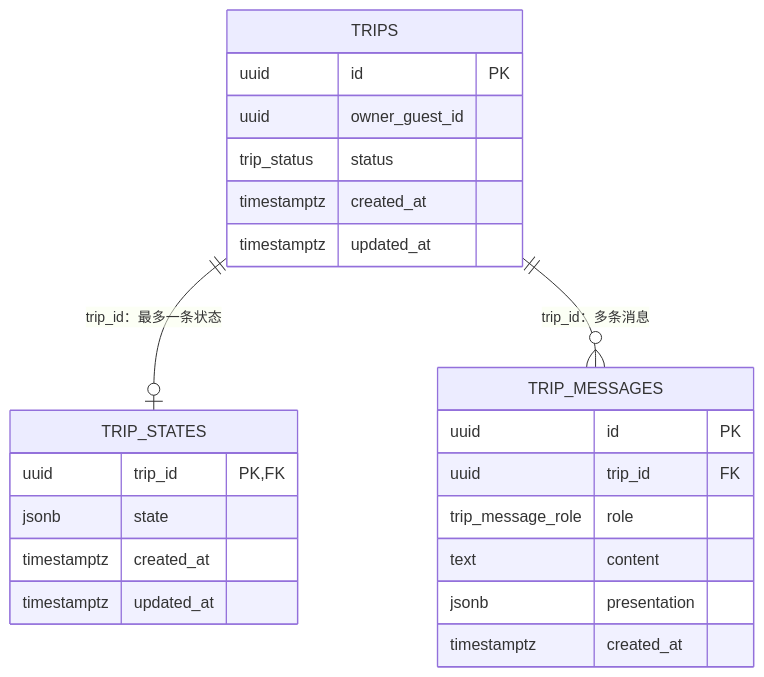
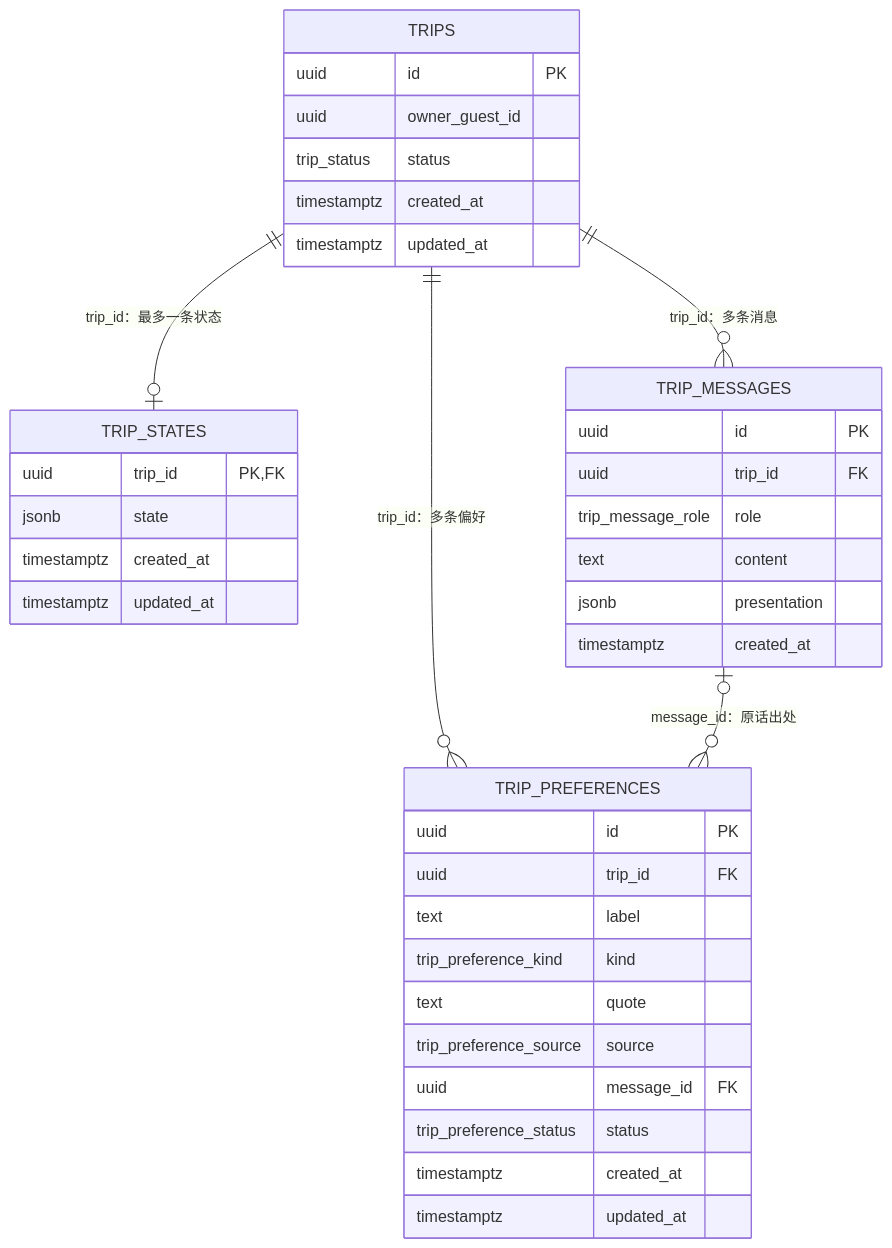
Before and after one commit to meiyulin22/Meri-Road-Trip: the diagram in docs/DATABASE_SCHEMA.md, drawn with Mermaid. The commit also changed other lines of this file and 36 other files, not shown here.

First line of the commit message:
feat(plan): save labelled trip preferences and let the plan page edit them 1.2007

````diff
--- a/docs/DATABASE_SCHEMA.md
+++ b/docs/DATABASE_SCHEMA.md
@@ -27,26 +28,40 @@
 ```mermaid
 erDiagram
   TRIPS ||--o| TRIP_STATES : "trip_id：最多一条状态"
   TRIPS ||--o{ TRIP_MESSAGES : "trip_id：多条消息"
+  TRIPS ||--o{ TRIP_PREFERENCES : "trip_id：多条偏好"
+  TRIP_MESSAGES |o--o{ TRIP_PREFERENCES : "message_id：原话出处"
   TRIPS {
     uuid id PK
     uuid owner_guest_id
     trip_status status
     timestamptz created_at
     timestamptz updated_at
   }
   TRIP_STATES {
     uuid trip_id PK, FK
     jsonb state
     timestamptz created_at
     timestamptz updated_at
   }
   TRIP_MESSAGES {
     uuid id PK
     uuid trip_id FK
     trip_message_role role
     text content
     jsonb presentation
     timestamptz created_at
   }
+  TRIP_PREFERENCES {
+    uuid id PK
+    uuid trip_id FK
+    text label
+    trip_preference_kind kind
+    text quote
+    trip_preference_source source
+    uuid message_id FK
+    trip_preference_status status
+    timestamptz created_at
+    timestamptz updated_at
+  }
 ```
````
